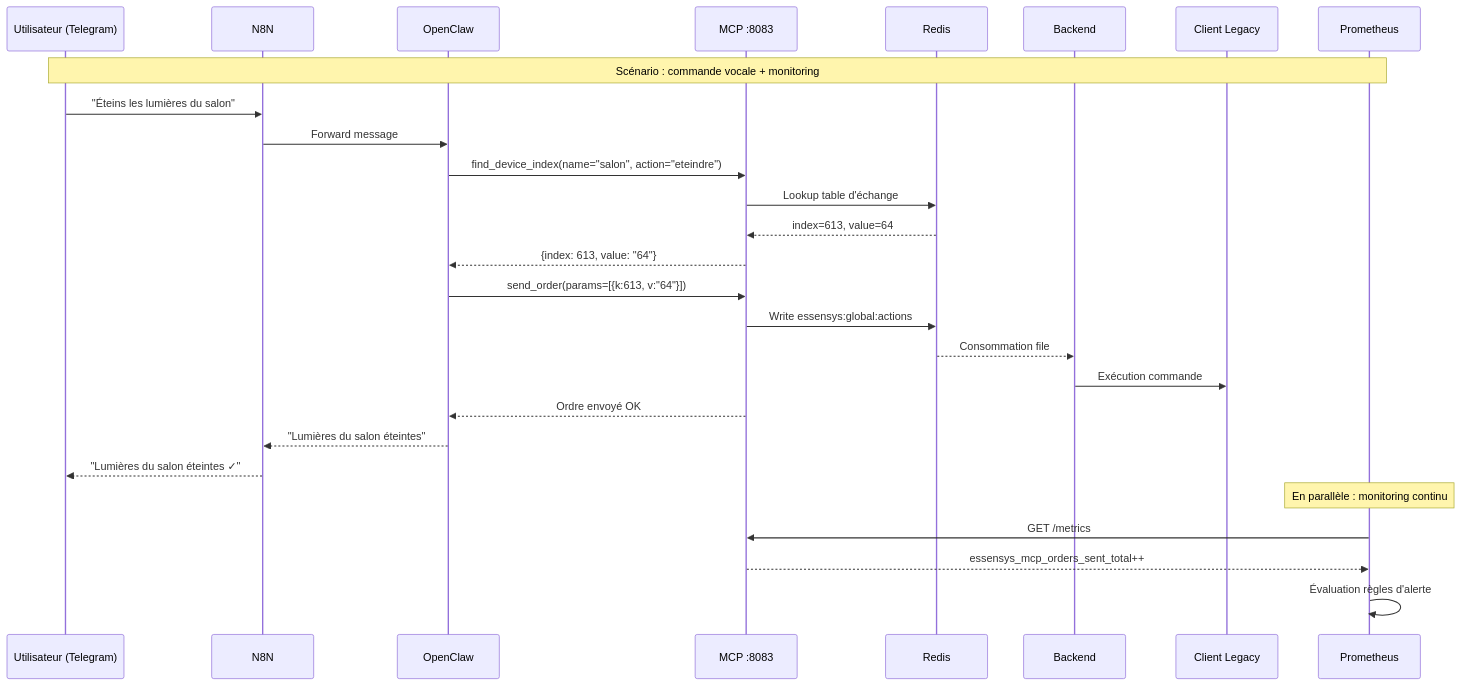
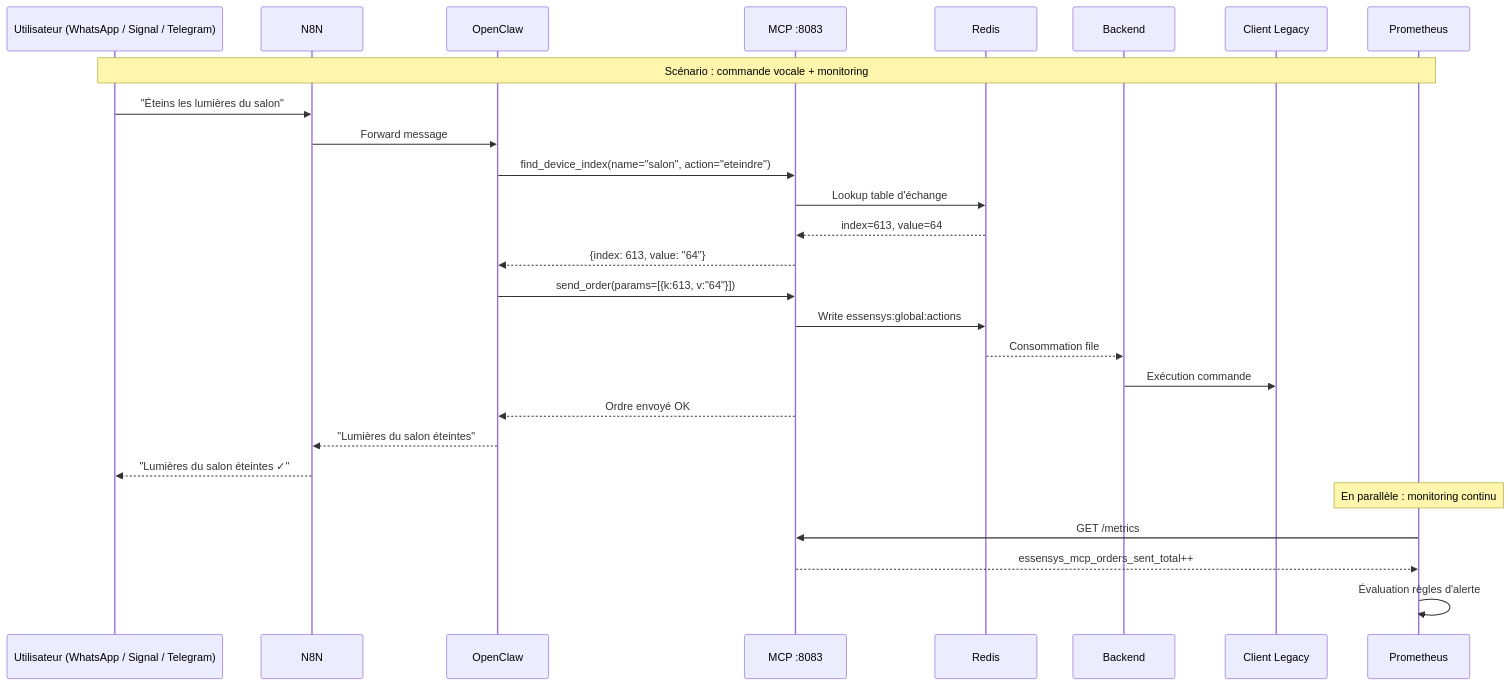
One commit to essensys-hub/essensys-raspberry-install changed the seventh of 7 diagrams in docs/migration-architecture/n8n-openclaw-prometheus.md. Above: the diagram before and after it, drawn with Mermaid. The commit also changed other lines of this file and 2 other files, not shown here.

Commit message:
Replace Telegram-only references with WhatsApp/Signal/Telegram

````diff
--- a/docs/migration-architecture/n8n-openclaw-prometheus.md
+++ b/docs/migration-architecture/n8n-openclaw-prometheus.md
@@ -451,32 +451,32 @@
 ```mermaid
 sequenceDiagram
-    participant User as Utilisateur (Telegram)
+    participant User as Utilisateur (WhatsApp / Signal / Telegram)
     participant N8N as N8N
     participant OC as OpenClaw
     participant MCP as MCP :8083
     participant Redis as Redis
     participant Backend as Backend
     participant Client as Client Legacy
     participant Prom as Prometheus
 
     Note over User,Prom: Scénario : commande vocale + monitoring
 
     User->>N8N: "Éteins les lumières du salon"
     N8N->>OC: Forward message
     OC->>MCP: find_device_index(name="salon", action="eteindre")
     MCP->>Redis: Lookup table d'échange
     Redis-->>MCP: index=613, value=64
     MCP-->>OC: {index: 613, value: "64"}
     OC->>MCP: send_order(params=[{k:613, v:"64"}])
     MCP->>Redis: Write essensys:global:actions
     Redis-->>Backend: Consommation file
     Backend->>Client: Exécution commande
     MCP-->>OC: Ordre envoyé OK
     OC-->>N8N: "Lumières du salon éteintes"
     N8N-->>User: "Lumières du salon éteintes ✓"
 
     Note over Prom: En parallèle : monitoring continu
     Prom->>MCP: GET /metrics
     MCP-->>Prom: essensys_mcp_orders_sent_total++
     Prom->>Prom: Évaluation règles d'alerte
 ```
````
